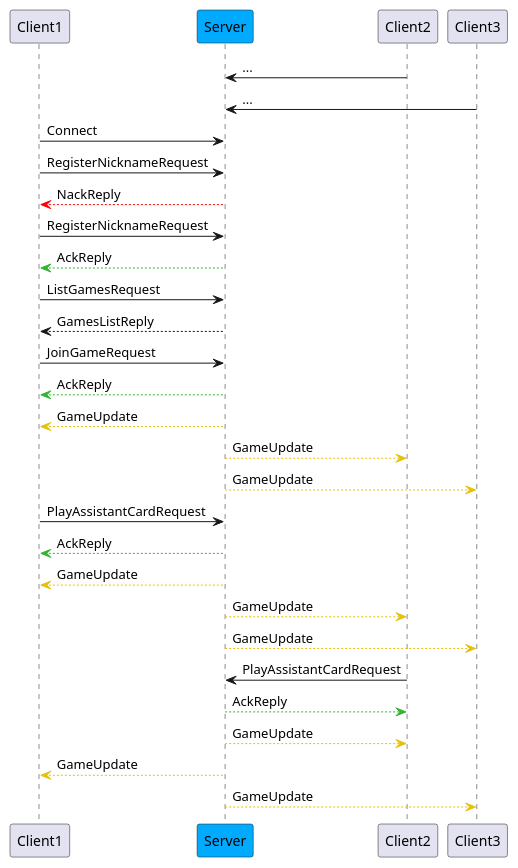
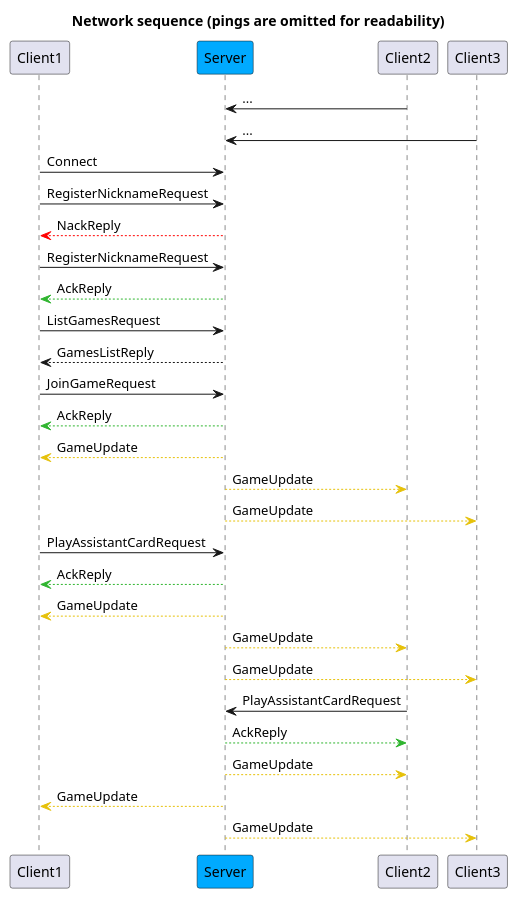
Before and after one commit to francesco-re-1107/eriantys: the diagram in deliverables/network_sequence.plantuml, drawn with PlantUML.

Commit message:
Update UMLs to mirror the code

```diff
--- a/deliverables/network_sequence.plantuml
+++ b/deliverables/network_sequence.plantuml
@@ -1,40 +1,41 @@
 @startuml NetworkSequence
+
+title Network sequence (pings are omitted for readability)
 
 participant Client1 order 0
 participant Server order 1 #00AAFF
 participant Client2 order 2
 participant Client3 order 3
-
 
 Client2 -> Server : ...
 Client3 -> Server : ...
 
 Client1 -> Server: Connect
 Client1 -> Server: RegisterNicknameRequest
 Client1 <-[#FF0000]- Server: NackReply
 Client1 -> Server: RegisterNicknameRequest
 Client1 <-[#2fb52f]- Server: AckReply
 
 Client1 -> Server: ListGamesRequest
 Client1 <-- Server: GamesListReply
 
 Client1 -> Server: JoinGameRequest
 Client1 <-[#2fb52f]- Server: AckReply
 
 Client1 <-[#e6c109]- Server: GameUpdate
 Client2 <-[#e6c109]- Server: GameUpdate
 Client3 <-[#e6c109]- Server: GameUpdate
 
 Client1 -> Server: PlayAssistantCardRequest
 Client1 <-[#2fb52f]- Server: AckReply
 Client1 <-[#e6c109]- Server: GameUpdate
 Client2 <-[#e6c109]- Server: GameUpdate
 Client3 <-[#e6c109]- Server: GameUpdate
 
 Client2 -> Server: PlayAssistantCardRequest
 Client2 <-[#2fb52f]- Server: AckReply
 Client2 <-[#e6c109]- Server: GameUpdate
 Client1 <-[#e6c109]- Server: GameUpdate
 Client3 <-[#e6c109]- Server: GameUpdate
 
 @enduml
```
